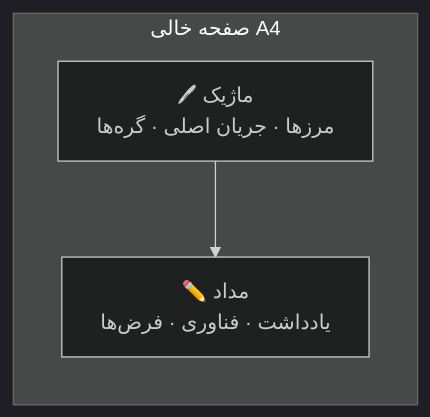
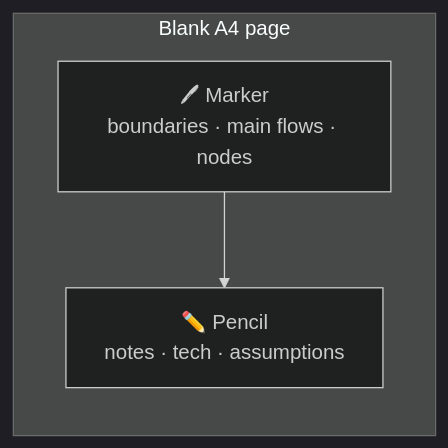
The first of 2 diagrams in README.md (kvmmn/dreamprint), drawn with Mermaid (dark theme) before and after one commit. The commit also changed other lines of this file, not shown here.

````diff
--- a/README.md
+++ b/README.md
@@ -19,8 +19,8 @@
 ```mermaid
 flowchart LR
-  subgraph page["صفحه خالی A4"]
-    M["🖊 ماژیک\nمرزها · جریان اصلی · گره‌ها"]
-    P["✏️ مداد\nیادداشت · فناوری · فرض‌ها"]
+  subgraph page["Blank A4 page"]
+    M["🖊 Marker\nboundaries · main flows · nodes"]
+    P["✏️ Pencil\nnotes · tech · assumptions"]
   end
   M --> P
 ```
````
